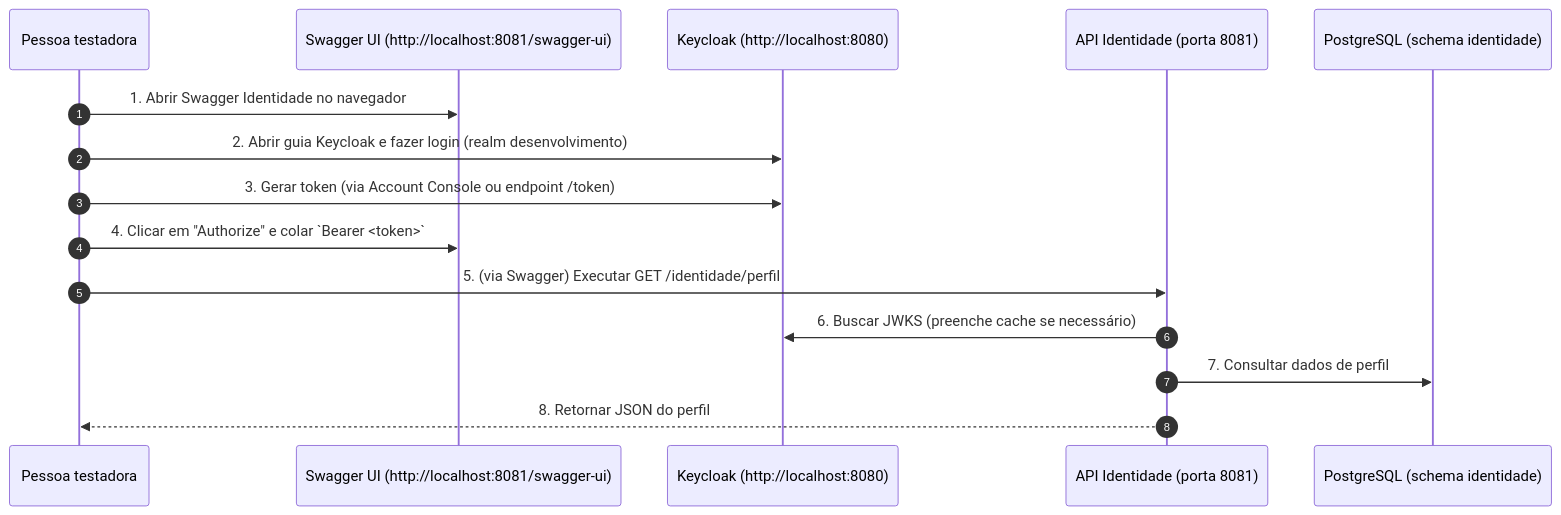
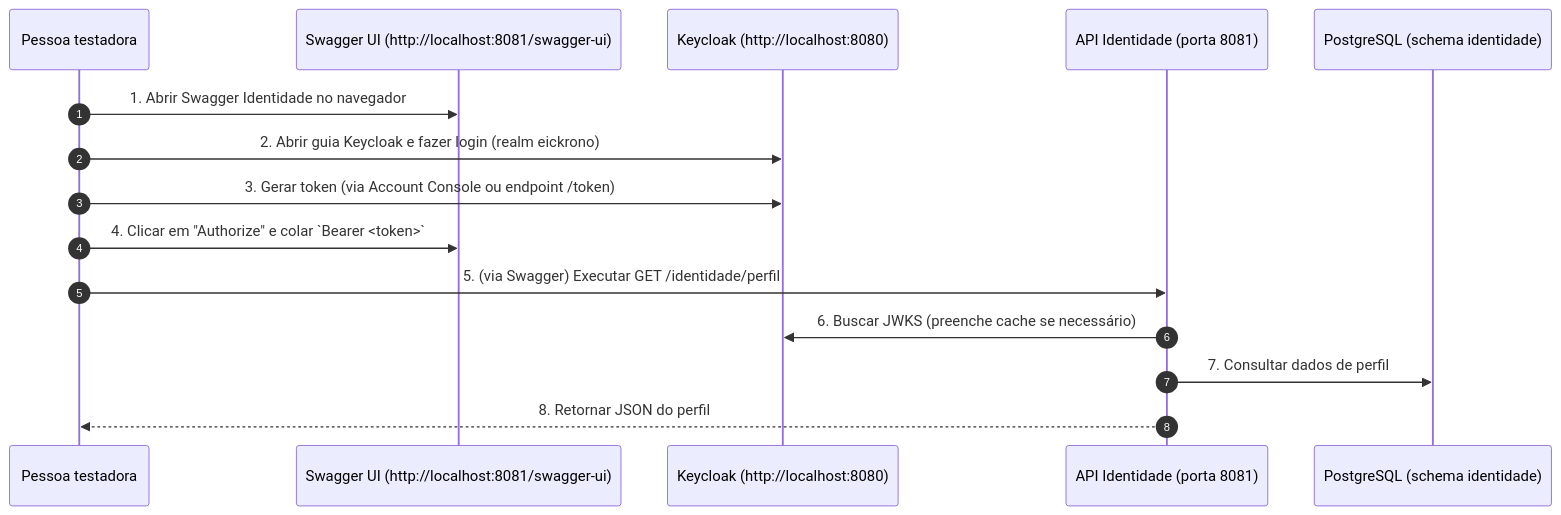
Before and after one commit to pedrosotc/eickrono-autenticacao-servidor: the fifth of 7 diagrams in documentacao/diagramas/casos-uso-sequencia.md, drawn with Mermaid. The commit also changed other lines of this file and 79 other files, not shown here.

````diff
--- a/documentacao/diagramas/casos-uso-sequencia.md
+++ b/documentacao/diagramas/casos-uso-sequencia.md
@@ -208,18 +208,18 @@
 ```mermaid
 sequenceDiagram
     autonumber
     participant QA as Pessoa testadora
     participant SW as Swagger UI (http://localhost:8081/swagger-ui)
     participant KC as Keycloak (http://localhost:8080)
     participant APII as API Identidade (porta 8081)
     participant DB as PostgreSQL (schema identidade)
 
     QA->>SW: 1. Abrir Swagger Identidade no navegador
-    QA->>KC: 2. Abrir guia Keycloak e fazer login (realm desenvolvimento)
+    QA->>KC: 2. Abrir guia Keycloak e fazer login (realm eickrono)
     QA->>KC: 3. Gerar token (via Account Console ou endpoint /token)
     QA->>SW: 4. Clicar em "Authorize" e colar `Bearer <token>`
     QA->>APII: 5. (via Swagger) Executar GET /identidade/perfil
     APII->>KC: 6. Buscar JWKS (preenche cache se necessário)
     APII->>DB: 7. Consultar dados de perfil
     APII-->>QA: 8. Retornar JSON do perfil
 ```
````
